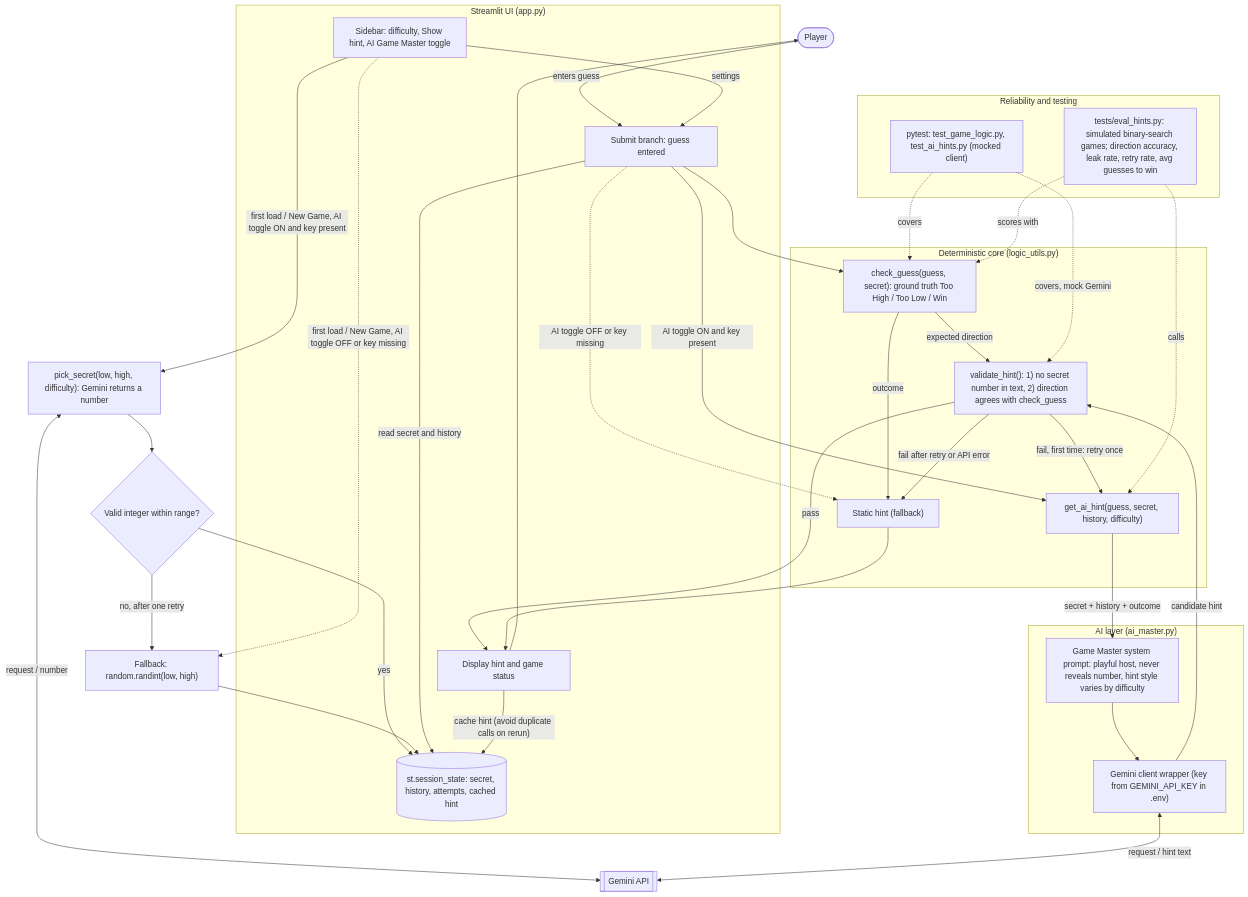
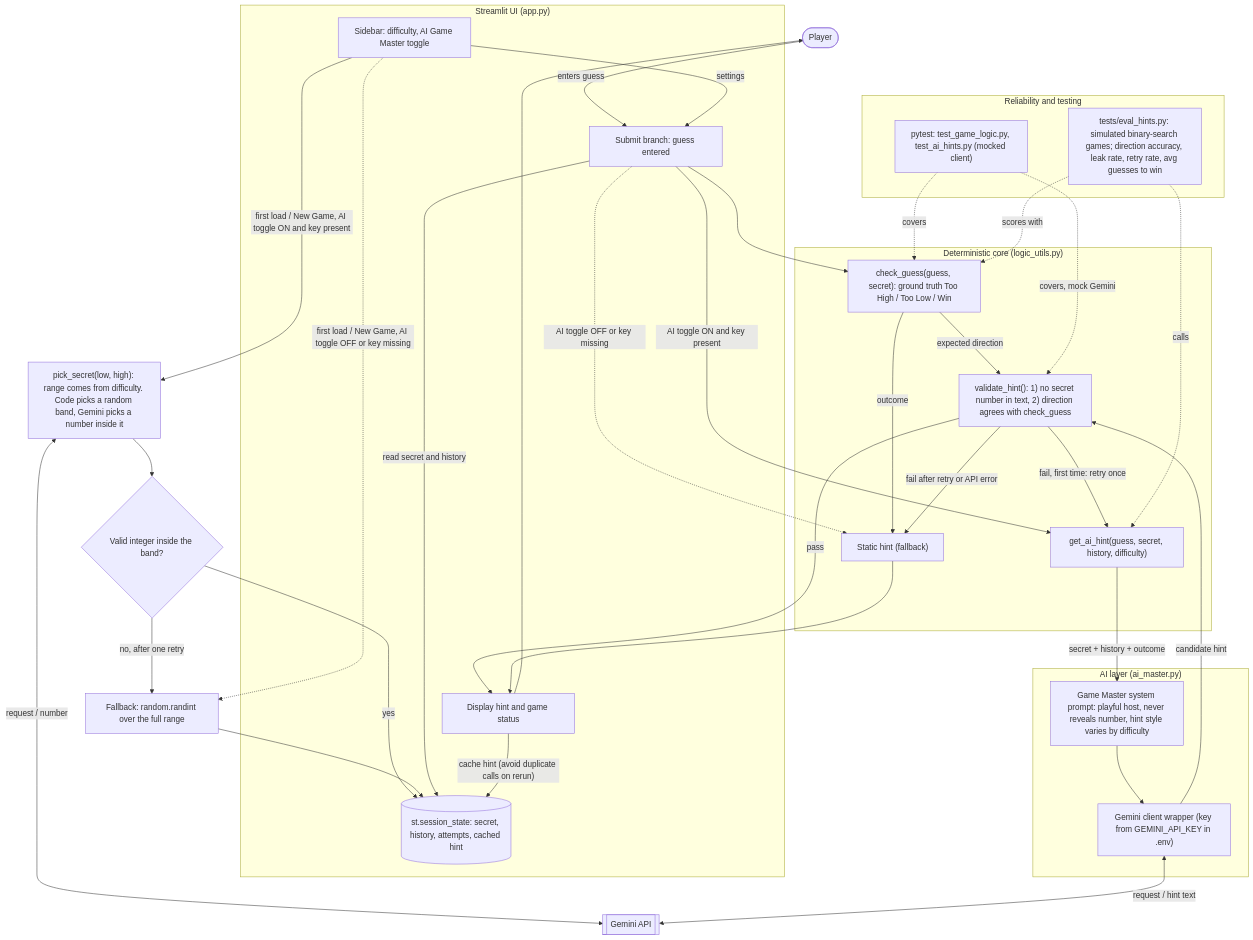
The diagram in diagrams/system_diagram.mmd (ana-lomidze/applied-ai-system-project), drawn with Mermaid before and after one commit. The commit also changed 5 other files, not shown here.

```diff
--- a/diagrams/system_diagram.mmd
+++ b/diagrams/system_diagram.mmd
@@ -1,70 +1,70 @@
 flowchart TD
     %% ---------- User / UI layer ----------
     Player(["Player"])
     subgraph UI["Streamlit UI (app.py)"]
-        Sidebar["Sidebar: difficulty, Show hint, AI Game Master toggle"]
+        Sidebar["Sidebar: difficulty, AI Game Master toggle"]
         Submit["Submit branch: guess entered"]
         State[("st.session_state: secret, history, attempts, cached hint")]
         Display["Display hint and game status"]
     end
 
     %% ---------- Deterministic core ----------
     subgraph CORE["Deterministic core (logic_utils.py)"]
         Check["check_guess(guess, secret): ground truth Too High / Too Low / Win"]
         Static["Static hint (fallback)"]
         Validate["validate_hint(): 1) no secret number in text, 2) direction agrees with check_guess"]
         GetAI["get_ai_hint(guess, secret, history, difficulty)"]
     end
 
     %% ---------- AI layer ----------
     subgraph AI["AI layer (ai_master.py)"]
         Prompt["Game Master system prompt: playful host, never reveals number, hint style varies by difficulty"]
         Client["Gemini client wrapper (key from GEMINI_API_KEY in .env)"]
     end
     Gemini[["Gemini API"]]
 
     %% ---------- Testing / reliability ----------
     subgraph TEST["Reliability and testing"]
         Pytest["pytest: test_game_logic.py, test_ai_hints.py (mocked client)"]
         Eval["tests/eval_hints.py: simulated binary-search games; direction accuracy, leak rate, retry rate, avg guesses to win"]
     end
 
     %% ---------- Secret selection (first load / New Game) ----------
-    Pick["pick_secret(low, high, difficulty): Gemini returns a number"]
-    CheckSecret{"Valid integer within range?"}
-    Fallback["Fallback: random.randint(low, high)"]
+    Pick["pick_secret(low, high): range comes from difficulty. Code picks a random band, Gemini picks a number inside it"]
+    CheckSecret{"Valid integer inside the band?"}
+    Fallback["Fallback: random.randint over the full range"]
     Sidebar -->|"first load / New Game, AI toggle ON and key present"| Pick
     Sidebar -.->|"first load / New Game, AI toggle OFF or key missing"| Fallback
     Pick <-->|"request / number"| Gemini
     Pick --> CheckSecret
     CheckSecret -->|"yes"| State
     CheckSecret -->|"no, after one retry"| Fallback
     Fallback --> State
 
     %% ---------- Main flow ----------
     Player -->|"enters guess"| Submit
     Sidebar -->|"settings"| Submit
     Submit -->|"read secret and history"| State
     Submit --> Check
     Check -->|"outcome"| Static
     Submit -->|"AI toggle ON and key present"| GetAI
     Submit -.->|"AI toggle OFF or key missing"| Static
 
     GetAI -->|"secret + history + outcome"| Prompt
     Prompt --> Client
     Client <-->|"request / hint text"| Gemini
     Client -->|"candidate hint"| Validate
     Check -->|"expected direction"| Validate
 
     Validate -->|"pass"| Display
     Validate -->|"fail, first time: retry once"| GetAI
     Validate -->|"fail after retry or API error"| Static
     Static --> Display
     Display -->|"cache hint (avoid duplicate calls on rerun)"| State
     Display --> Player
 
     %% ---------- Testing links ----------
     Pytest -.->|"covers"| Check
     Pytest -.->|"covers, mock Gemini"| Validate
     Eval -.->|"calls"| GetAI
     Eval -.->|"scores with"| Check
```
